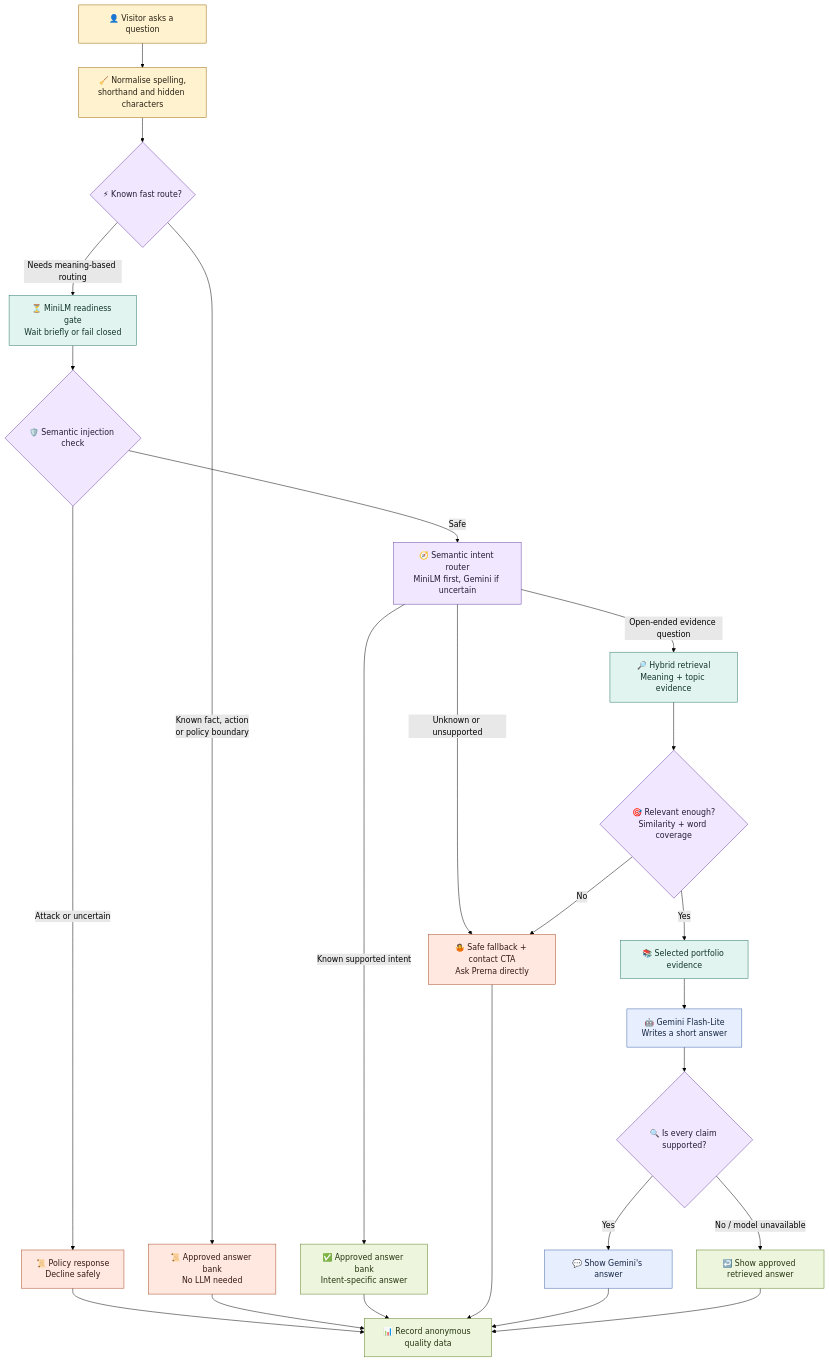
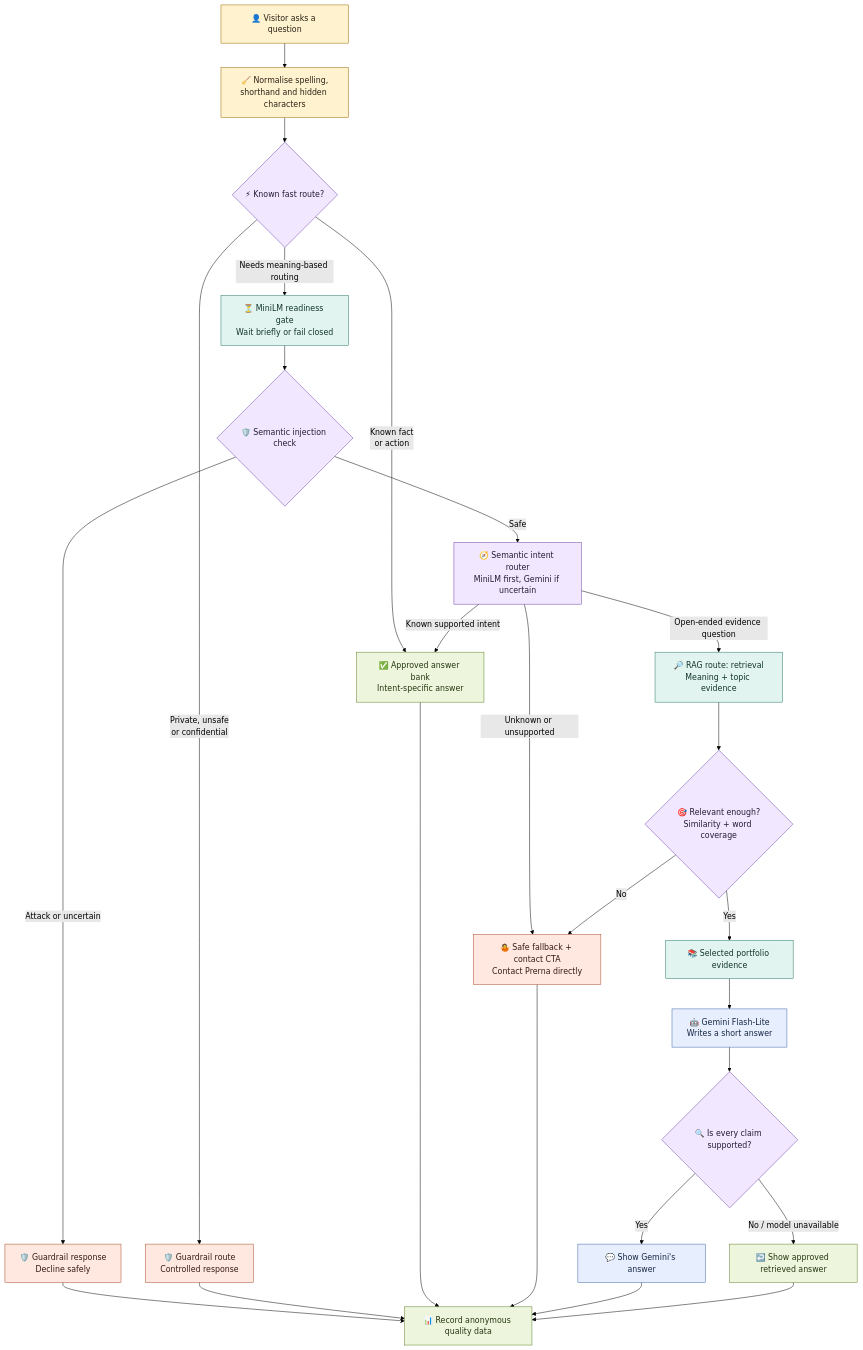
Before and after one commit to robona-pk/portfolio: the first of 2 diagrams in README.md, drawn with Mermaid (forest theme). The commit also changed other lines of this file and 11 other files, not shown here.

````diff
--- a/README.md
+++ b/README.md
@@ -53,44 +55,45 @@
 ```mermaid
 flowchart TD
     A["👤 Visitor asks a question"] --> B["🧹 Normalise spelling,<br/>shorthand and hidden characters"]
     B --> C{"⚡ Known fast route?"}
 
-    C -- "Known fact, action<br/>or policy boundary" --> F["📜 Approved answer bank<br/>No LLM needed"]
+    C -- "Known fact<br/>or action" --> G["✅ Deterministic route<br/>Approved answer"]
+    C -- "Private, unsafe<br/>or confidential" --> F["🛡️ Guardrail route<br/>Controlled response"]
     C -- "Needs meaning-based routing" --> Q["⏳ MiniLM readiness gate<br/>Wait briefly or fail closed"]
     Q --> E{"🛡️ Semantic injection check"}
 
-    E -- "Attack or uncertain" --> D["📜 Policy response<br/>Decline safely"]
+    E -- "Attack or uncertain" --> D["🛡️ Guardrail response<br/>Decline safely"]
     E -- "Safe" --> R["🧭 Semantic intent router<br/>MiniLM first, Gemini if uncertain"]
     R -- "Known supported intent" --> G["✅ Approved answer bank<br/>Intent-specific answer"]
-    R -- "Open-ended evidence question" --> H["🔎 Hybrid retrieval<br/>Meaning + topic evidence"]
-    R -- "Unknown or unsupported" --> I["🤷 Safe fallback + contact CTA<br/>Ask Prerna directly"]
+    R -- "Open-ended evidence question" --> H["🔎 RAG route: retrieval<br/>Meaning + topic evidence"]
+    R -- "Unknown or unsupported" --> I["🤷 Safe fallback + contact CTA<br/>Contact Prerna directly"]
     H --> P{"🎯 Relevant enough?<br/>Similarity + word coverage"}
-    P -- "No" --> I["🤷 Safe fallback + contact CTA<br/>Ask Prerna directly"]
+    P -- "No" --> I["🤷 Safe fallback + contact CTA<br/>Contact Prerna directly"]
     P -- "Yes" --> J["📚 Selected portfolio evidence"]
 
     J --> K["🤖 Gemini Flash-Lite<br/>Writes a short answer"]
     K --> L{"🔍 Is every claim supported?"}
     L -- "Yes" --> M["💬 Show Gemini's answer"]
     L -- "No / model unavailable" --> N["↩️ Show approved retrieved answer"]
 
     D --> O["📊 Record anonymous quality data"]
     F --> O
     G --> O
     I --> O
     M --> O
     N --> O
 
     classDef visitor fill:#fff3cf,stroke:#9a6500,color:#2a2115;
     classDef decision fill:#f1e8ff,stroke:#6941a5,color:#251b35;
     classDef policy fill:#ffe8df,stroke:#a84a28,color:#351b13;
     classDef retrieval fill:#e2f4ef,stroke:#277766,color:#12342d;
     classDef ai fill:#e7efff,stroke:#3f64a8,color:#172743;
     classDef output fill:#edf6dd,stroke:#5d7f25,color:#263611;
 
     class A,B visitor;
     class C,E,R,P,L decision;
     class D,F,I policy;
     class H,J,Q retrieval;
     class K,M ai;
     class G,N,O output;
 ```
````
